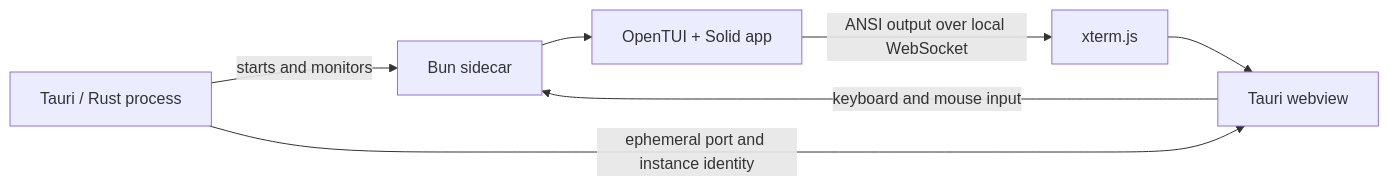
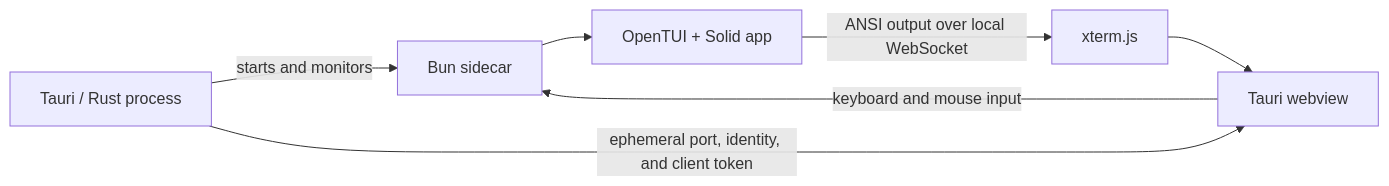
One commit to nikdelvin/termweave changed the diagram in README.md. Above: the diagram before and after it, drawn with Mermaid. The commit also changed other lines of this file and 38 other files, not shown here.

````diff
--- a/README.md
+++ b/README.md
@@ -171,9 +239,9 @@
 ```mermaid
 flowchart LR
   Native["Tauri / Rust process"] -->|starts and monitors| Sidecar["Bun sidecar"]
   Sidecar --> Solid["OpenTUI + Solid app"]
   Solid -->|ANSI output over local WebSocket| Xterm["xterm.js"]
   Xterm --> Webview["Tauri webview"]
   Webview -->|keyboard and mouse input| Sidecar
-  Native -->|ephemeral port and instance identity| Webview
+  Native -->|ephemeral port, identity, and client token| Webview
 ```
````
